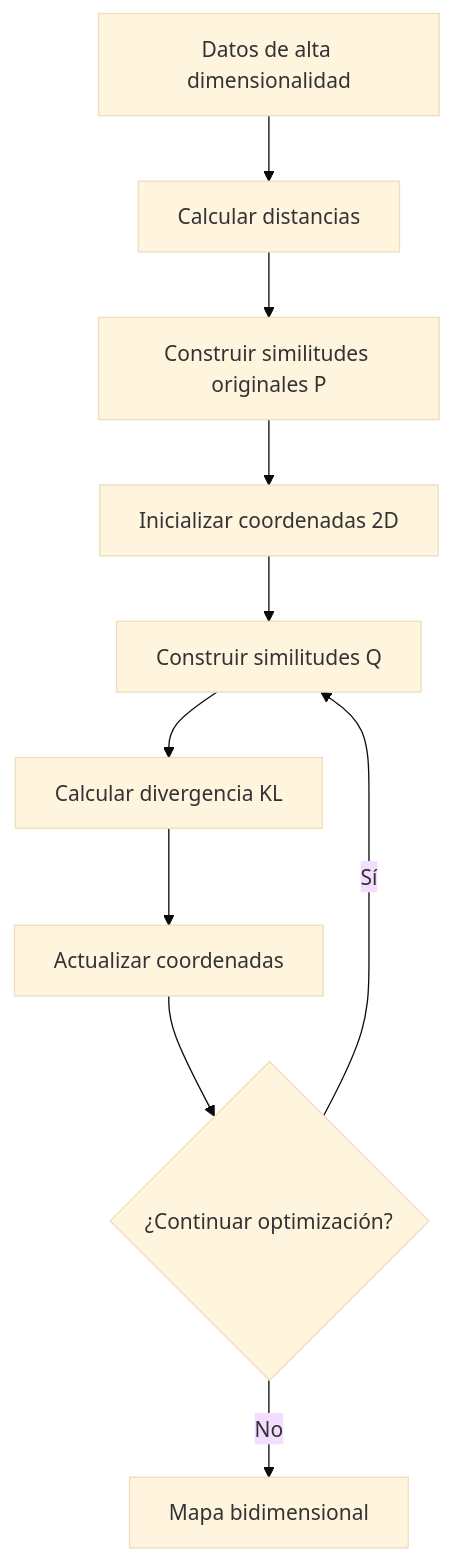
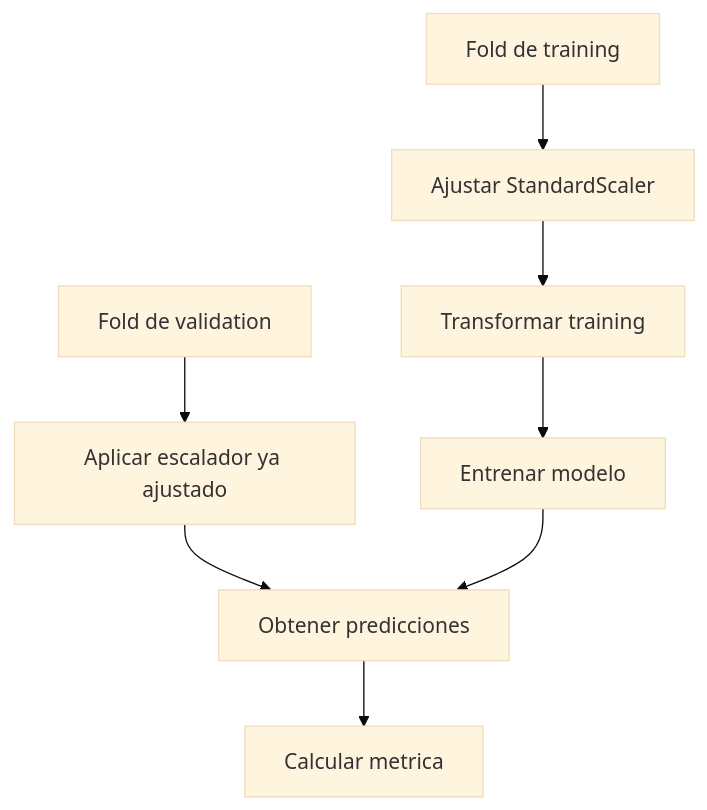
Before and after one commit to AxelIvanArroyoLara/Notes: diagram 16 of 34 in Séptimo Semestre/Temas Selectos I/Segundo Parcial/8. Repaso Parcial.md, drawn with Mermaid (base theme). The commit also changed other lines of this file and 1 other file, not shown here.

````diff
--- a/Séptimo Semestre/Temas Selectos I/Segundo Parcial/8. Repaso Parcial.md
+++ b/Séptimo Semestre/Temas Selectos I/Segundo Parcial/8. Repaso Parcial.md
@@ -1775,12 +974,12 @@
 ```mermaid  
-flowchart TD  
-A["Datos de alta dimensionalidad"] --> B["Calcular distancias"]  
-B --> C["Construir similitudes originales P"]  
-C --> D["Inicializar coordenadas 2D"]  
-D --> E["Construir similitudes Q"]  
-E --> F["Calcular divergencia KL"]  
-F --> G["Actualizar coordenadas"]  
-G --> H{"¿Continuar optimización?"}  
-H -->|Sí| E  
-H -->|No| I["Mapa bidimensional"]  
+flowchart TB  
+A["Fold de training"] --> B["Ajustar StandardScaler"]  
+B --> C["Transformar training"]  
+C --> D["Entrenar modelo"]  
+  
+E["Fold de validation"] --> F["Aplicar escalador ya ajustado"]  
+F --> G["Obtener predicciones"]  
+  
+D --> G  
+G --> H["Calcular metrica"]  
 ```  
````
